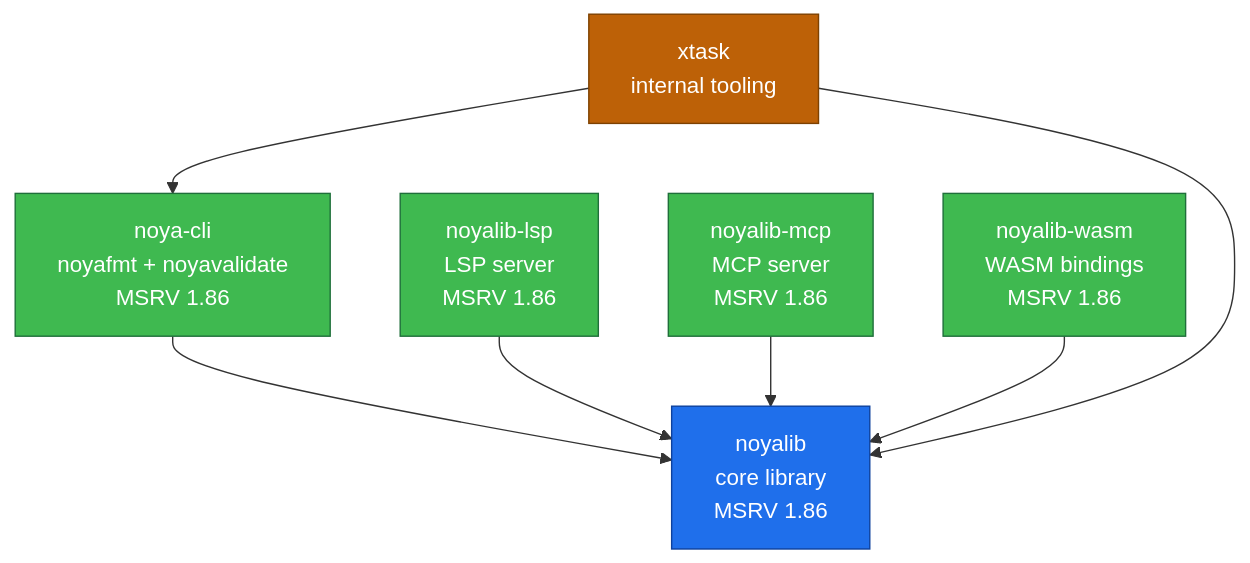
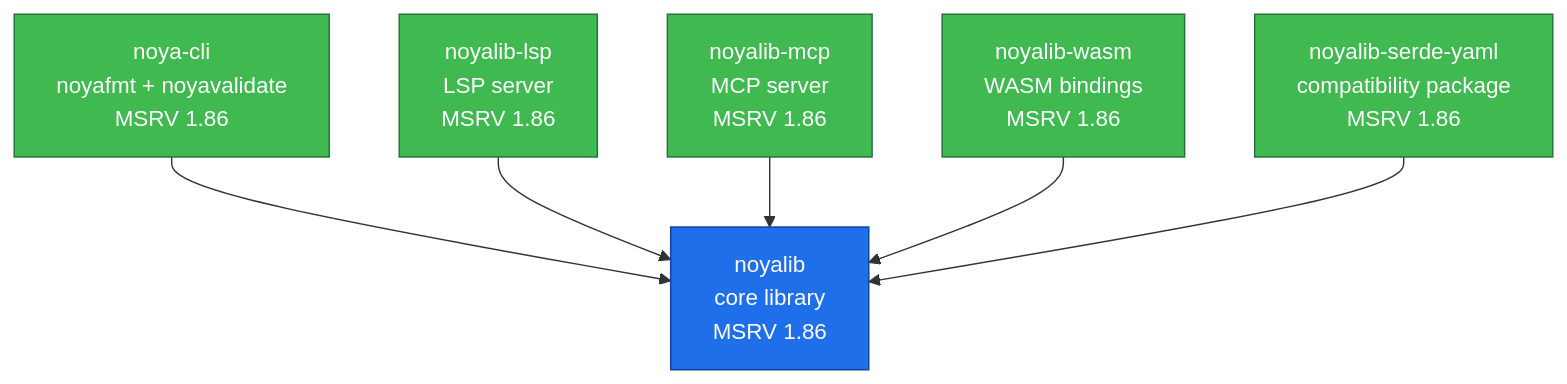
Before and after one commit to sebastienrousseau/noyalib: the diagram in docs/diagrams/dependency-graph.md, drawn with Mermaid. The commit also changed other lines of this file and 43 other files, not shown here.

````diff
--- a/docs/diagrams/dependency-graph.md
+++ b/docs/diagrams/dependency-graph.md
@@ -7,24 +7,21 @@
 ```mermaid
 graph TD
     noyalib["noyalib<br/>core library<br/>MSRV 1.86"]
 
     noya_cli["noya-cli<br/>noyafmt + noyavalidate<br/>MSRV 1.86"]
     noyalib_lsp["noyalib-lsp<br/>LSP server<br/>MSRV 1.86"]
     noyalib_mcp["noyalib-mcp<br/>MCP server<br/>MSRV 1.86"]
     noyalib_wasm["noyalib-wasm<br/>WASM bindings<br/>MSRV 1.86"]
-    xtask["xtask<br/>internal tooling"]
+    noyalib_serde_yaml["noyalib-serde-yaml<br/>compatibility package<br/>MSRV 1.86"]
 
     noya_cli --> noyalib
     noyalib_lsp --> noyalib
     noyalib_mcp --> noyalib
     noyalib_wasm --> noyalib
-    xtask --> noyalib
-    xtask --> noya_cli
+    noyalib_serde_yaml --> noyalib
 
     classDef core fill:#1f6feb,stroke:#0d419d,color:#fff
     classDef satellite fill:#3fb950,stroke:#1f6f3a,color:#fff
-    classDef tooling fill:#bd6107,stroke:#7d4101,color:#fff
     class noyalib core
-    class noya_cli,noyalib_lsp,noyalib_mcp,noyalib_wasm satellite
-    class xtask tooling
+    class noya_cli,noyalib_lsp,noyalib_mcp,noyalib_wasm,noyalib_serde_yaml satellite
 ```
````
